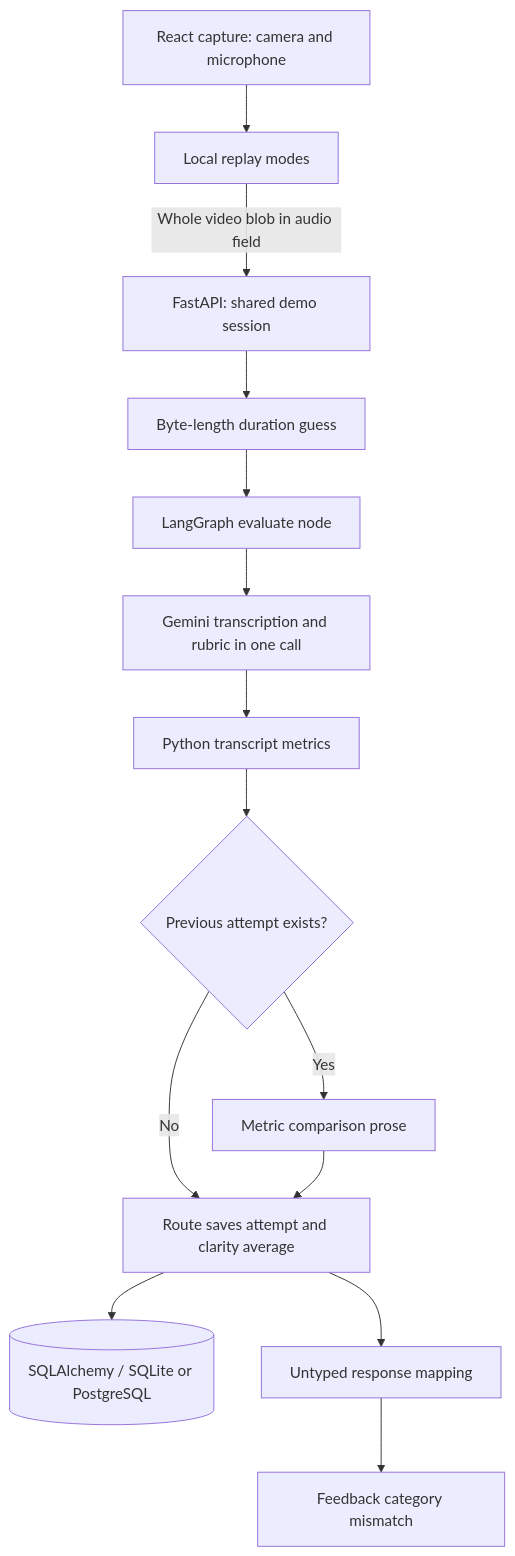
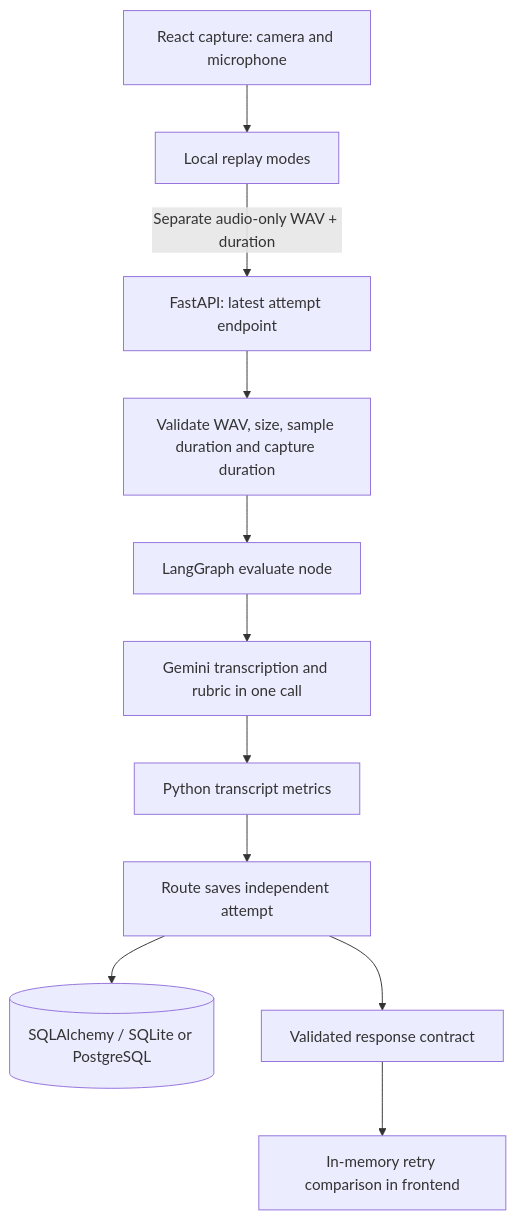
The first of 2 diagrams in docs/target-architecture.md (SehrishMajeed/adaptive-communication-coach), drawn with Mermaid before and after one commit. The commit also changed other lines of this file and 46 other files, not shown here.

````diff
--- a/docs/target-architecture.md
+++ b/docs/target-architecture.md
@@ -7,16 +7,13 @@
 ```mermaid
 flowchart TD
   Browser[React capture: camera and microphone] --> Review[Local replay modes]
-  Review -->|Whole video blob in audio field| API[FastAPI: shared demo session]
-  API --> Guess[Byte-length duration guess]
-  Guess --> Eval[LangGraph evaluate node]
+  Review -->|Separate audio-only WAV + duration| API[FastAPI: latest attempt endpoint]
+  API --> Validate[Validate WAV, size, sample duration and capture duration]
+  Validate --> Eval[LangGraph evaluate node]
   Eval --> Gemini[Gemini transcription and rubric in one call]
   Gemini --> Metrics[Python transcript metrics]
-  Metrics --> Retry{Previous attempt exists?}
-  Retry -->|Yes| Compare[Metric comparison prose]
-  Retry -->|No| Save[Route saves attempt and clarity average]
-  Compare --> Save
+  Metrics --> Save[Route saves independent attempt]
   Save --> DB[(SQLAlchemy / SQLite or PostgreSQL)]
-  Save --> Response[Untyped response mapping]
-  Response --> Broken[Feedback category mismatch]
+  Save --> Response[Validated response contract]
+  Response --> FrontendCompare[In-memory retry comparison in frontend]
 ```
````
